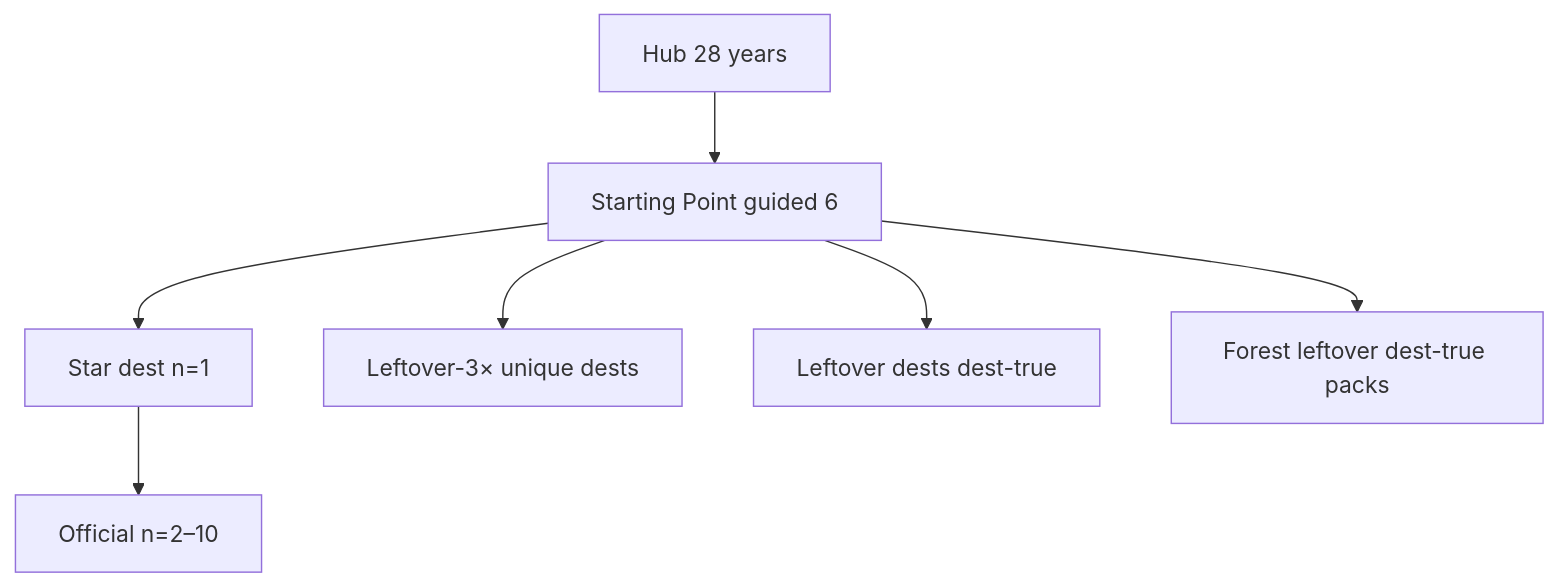
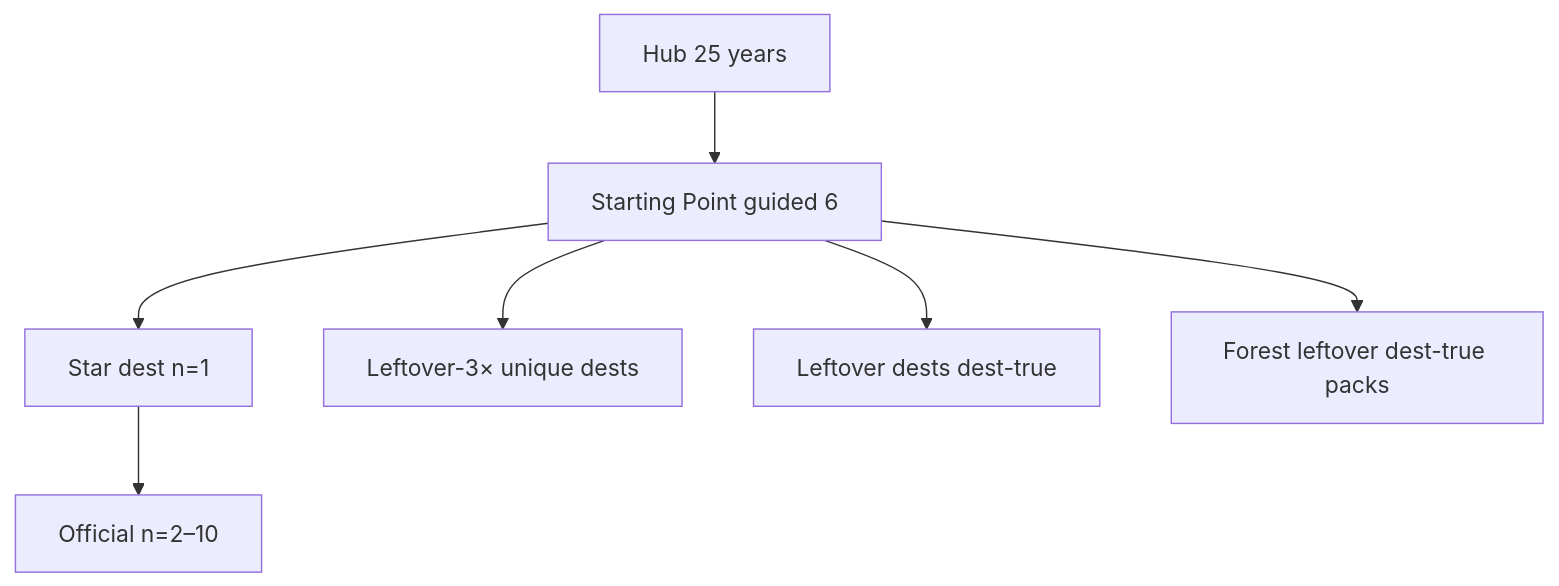
One commit to sourabhligade/internet-through-time changed the diagram in docs/DEST-TRUE-FLOW-MAP.md. Above: the diagram before and after it, drawn with Mermaid. The commit also changed other lines of this file and 1321 other files, not shown here.

````diff
--- a/docs/DEST-TRUE-FLOW-MAP.md
+++ b/docs/DEST-TRUE-FLOW-MAP.md
@@ -9,9 +9,9 @@
 ```mermaid
 flowchart TD
-  HUB["Hub 28 years"] --> SP["Starting Point guided 6"]
+ HUB["Hub 25 years"] --> SP["Starting Point guided 6"]
   SP --> STAR["Star dest n=1"]
   STAR --> OFF["Official n=2–10"]
   SP --> U3["Leftover-3× unique dests"]
   SP --> LX["Leftover dests dest-true"]
   SP --> PACK["Forest leftover dest-true packs"]
 ```
````
